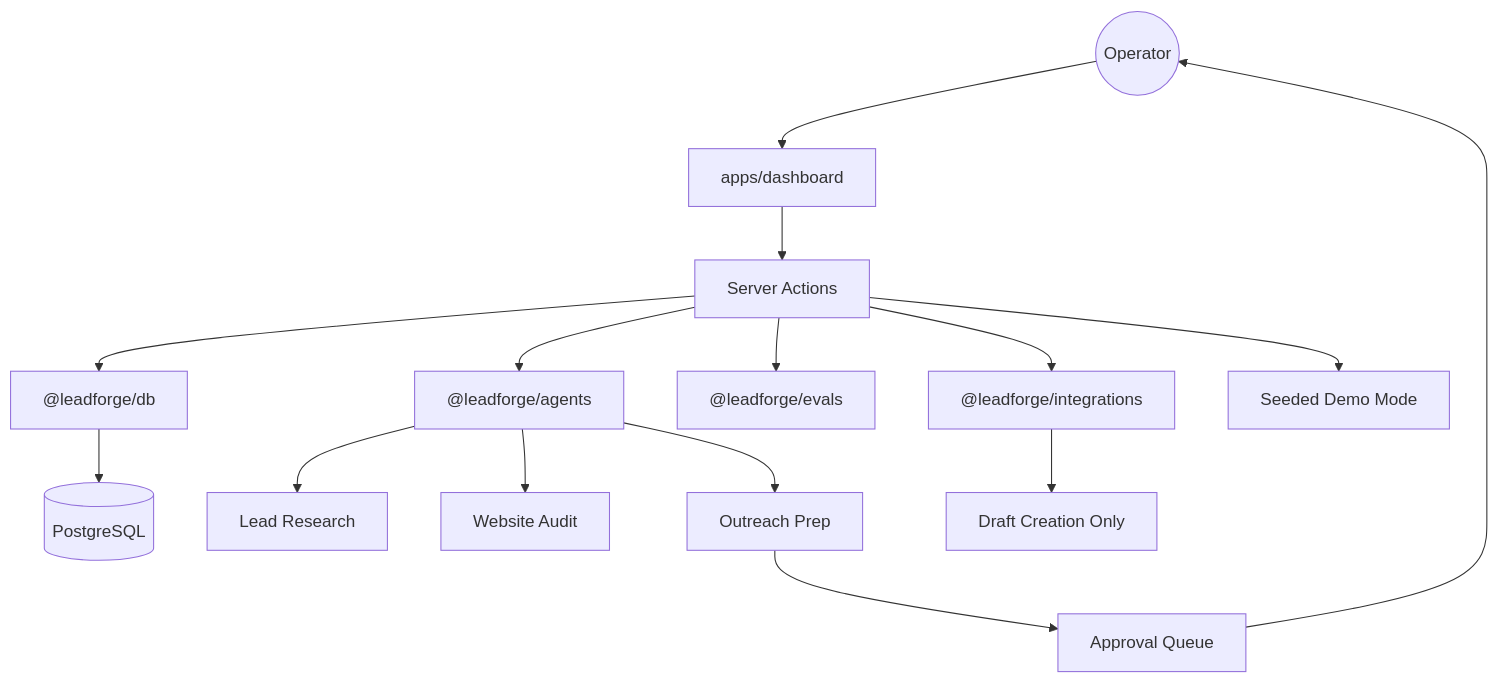
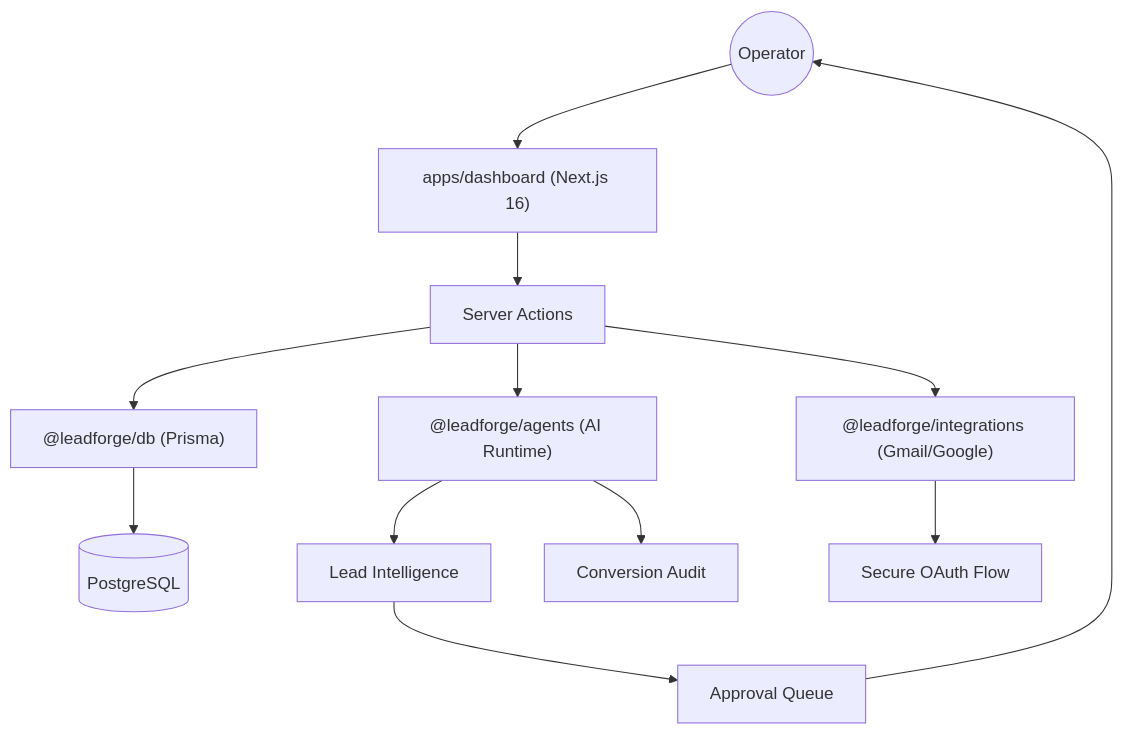
The diagram in README.md (karandangi123/leadforge-ai), drawn with Mermaid before and after one commit. The commit also changed other lines of this file and 179 other files, not shown here.

````diff
--- a/README.md
+++ b/README.md
@@ -70,17 +31,14 @@
 ```mermaid
 graph TD
-    Operator((Operator)) --> App["apps/dashboard"]
-    App --> Actions[Server Actions]
-    Actions --> DB["@leadforge/db"]
-    Actions --> Agents["@leadforge/agents"]
-    Actions --> Evals["@leadforge/evals"]
-    Actions --> Integrations["@leadforge/integrations"]
+    Operator((Operator)) --> Dashboard["apps/dashboard (Next.js 16)"]
+    Dashboard --> Actions[Server Actions]
+    Actions --> DB["@leadforge/db (Prisma)"]
+    Actions --> Agents["@leadforge/agents (AI Runtime)"]
+    Actions --> Integrations["@leadforge/integrations (Gmail/Google)"]
     DB --> Postgres[(PostgreSQL)]
-    Agents --> Research[Lead Research]
-    Agents --> Audit[Website Audit]
-    Agents --> Outreach[Outreach Prep]
-    Integrations --> Gmail[Draft Creation Only]
-    Outreach --> Queue[Approval Queue]
+    Agents --> Research[Lead Intelligence]
+    Agents --> Audit[Conversion Audit]
+    Integrations --> Google[Secure OAuth Flow]
+    Research --> Queue[Approval Queue]
     Queue --> Operator
-    Actions --> Demo[Seeded Demo Mode]
 ```
````
